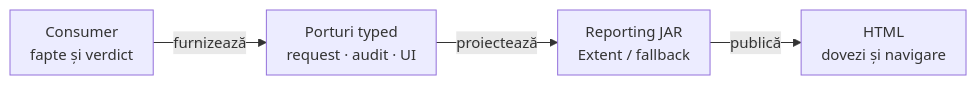
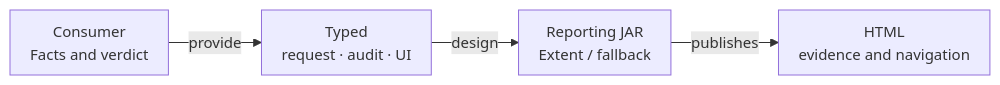
Before and after one commit to crististefanita/atf_j0: the diagram in atf-reporting/docs/README.md, drawn with Mermaid. The commit also changed other lines of this file and 113 other files, not shown here.

````diff
--- a/atf-reporting/docs/README.md
+++ b/atf-reporting/docs/README.md
@@ -17,7 +20,7 @@
 ```mermaid
 %%{init: {"themeVariables":{"fontSize":"15px"},"themeCSS":".nodeLabel, .nodeLabel p { font-size: 15px !important; line-height: 1.35 !important; } .edgeLabel, .edgeLabel p { font-size: 12px !important; font-weight: 400 !important; line-height: 1.2 !important; } .edgeLabel .labelBkg, .edgeLabel p { background: transparent !important; } .edgeLabel foreignObject { transform: translateY(-18px); overflow: visible; } .node rect { rx: 6px; ry: 6px; }","flowchart":{"curve":"linear","nodeSpacing":24,"rankSpacing":40,"padding":10,"diagramPadding":16}}}%%
 flowchart LR
-    Consumer["Consumer<br/>fapte și verdict"] -->|furnizează| Input["Porturi typed<br/>request · audit · UI"]
-    Input -->|proiectează| Renderer["Reporting JAR<br/>Extent / fallback"]
-    Renderer -->|publică| Artifact["HTML<br/>dovezi și navigare"]
+    Consumer["Consumer<br/>Facts and verdict"] -->|provide| Input["Typed<br/>request · audit · UI"]
+    Input -->|design| Renderer["Reporting JAR<br/>Extent / fallback"]
+    Renderer -->|publishes| Artifact["HTML <br/>evidence and navigation"]
 ```
````
